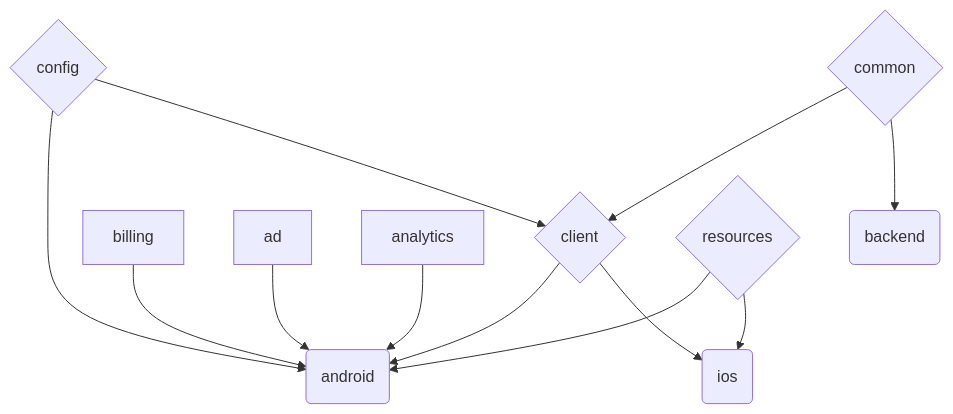
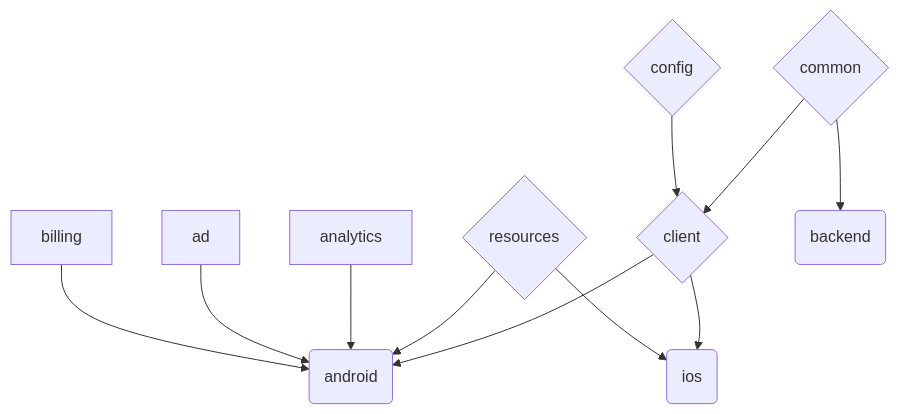
Before and after one commit to Oztechan/CCC: the first of 2 diagrams in README.md, drawn with Mermaid. The commit also changed other lines of this file and 5 other files, not shown here.

````diff
--- a/README.md
+++ b/README.md
@@ -75,25 +75,24 @@
 ```mermaid
 graph TD;
-
-android(android)
-ios(ios)
-backend(backend)
 
 billing-->android
 
 ad-->android
 
 analytics-->android
 
-config{config}-->android
-config-->client
-
 resources{resources}-->android
 resources-->ios
 
 client{client}-->android
 client-->ios
 
+config{config}-->client
+
 common{common}-->client
 common-->backend
+
+android(android)
+ios(ios)
+backend(backend)
 ```
````
